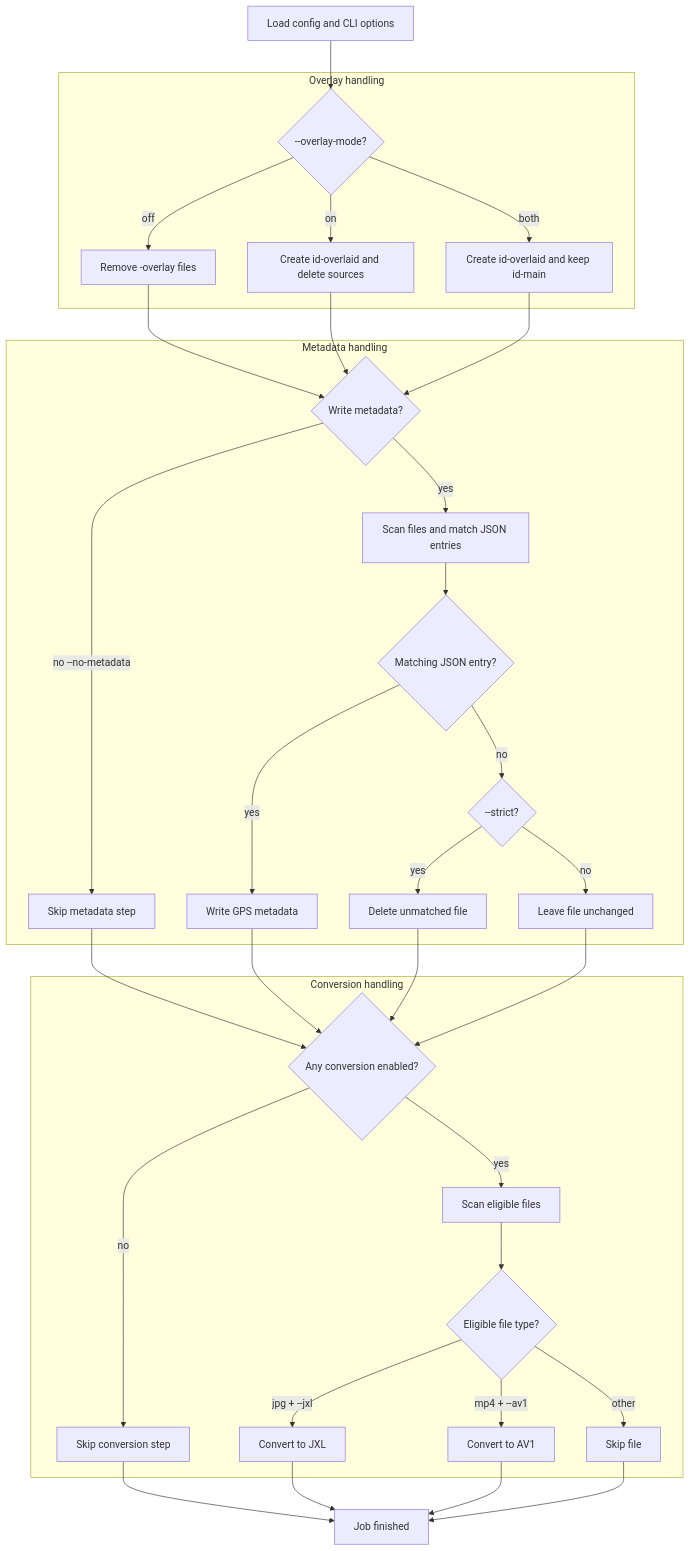
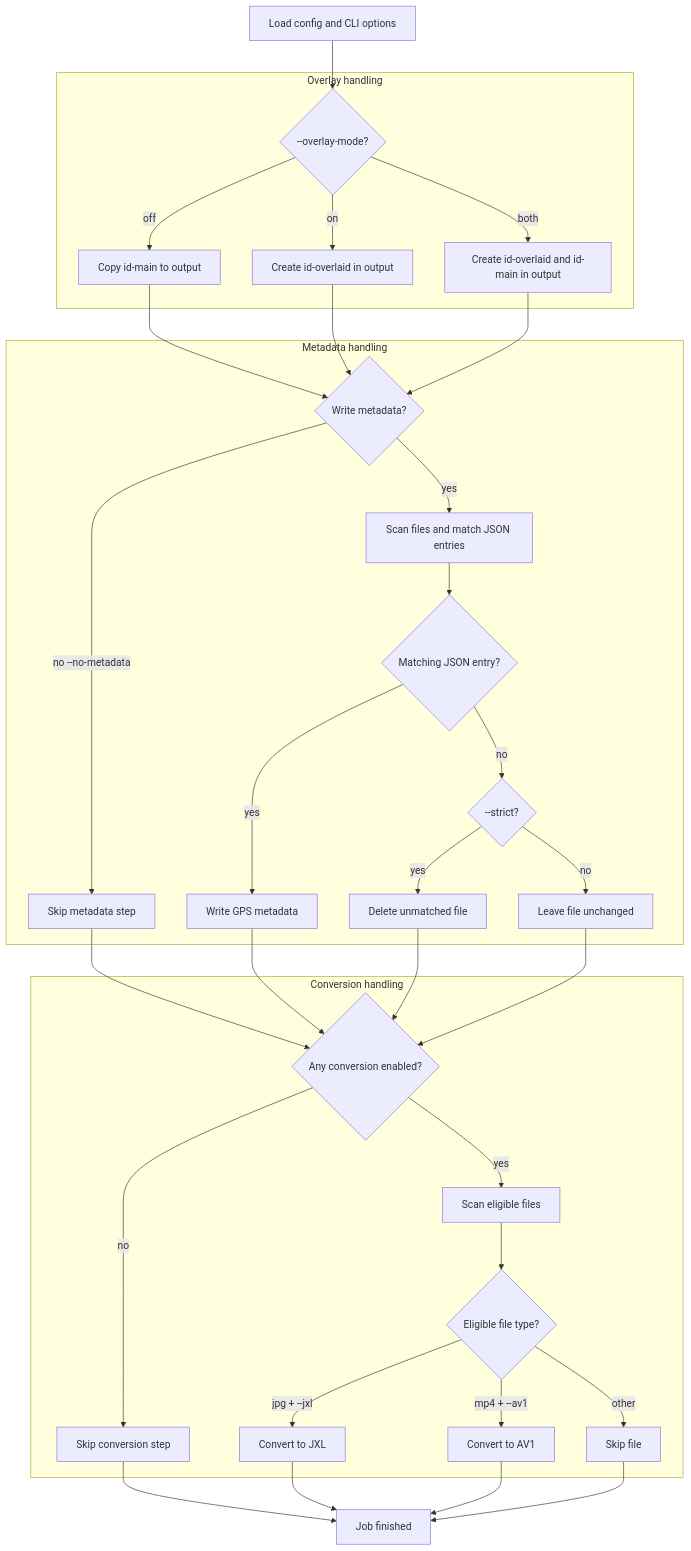
The diagram in README.md (snapchat-memories-extractor/cli), drawn with Mermaid before and after one commit. The commit also changed other lines of this file and 7 other files, not shown here.

````diff
--- a/README.md
+++ b/README.md
@@ -1057,53 +1058,53 @@
 ```mermaid
 flowchart TD
     Init[Load config and CLI options]
 
     subgraph Overlay[Overlay handling]
         OverMode{--overlay-mode?}
-        OverMode -->|off| RemoveOF[Remove -overlay files]
-        OverMode -->|on| AppendOF[Create id-overlaid and delete sources]
-        OverMode -->|both| CopyAppendOF[Create id-overlaid and keep id-main]
+        OverMode -->|off| RemoveOF[Copy id-main to output]
+        OverMode -->|on| AppendOF[Create id-overlaid in output]
+        OverMode -->|both| CopyAppendOF[Create id-overlaid and id-main in output]
     end
 
     subgraph Metadata[Metadata handling]
         MetaCheck{Write metadata?}
         MetaCheck -->|no --no-metadata| SkipMeta[Skip metadata step]
         MetaCheck -->|yes| ScanMeta[Scan files and match JSON entries]
 
         ScanMeta --> JsonMatch{Matching JSON entry?}
         JsonMatch -->|yes| WriteGPS[Write GPS metadata]
         JsonMatch -->|no| StrictCheck{--strict?}
 
         StrictCheck -->|yes| DeleteUnmatched[Delete unmatched file]
         StrictCheck -->|no| KeepUnmatched[Leave file unchanged]
     end
 
     subgraph Conversion[Conversion handling]
         ConvCheck{Any conversion enabled?}
         ConvCheck -->|no| SkipConv[Skip conversion step]
         ConvCheck -->|yes| ScanConv[Scan eligible files]
 
         ScanConv --> FileType{Eligible file type?}
         FileType -->|jpg + --jxl| ConvertJXL[Convert to JXL]
         FileType -->|mp4 + --av1| ConvertAV1[Convert to AV1]
         FileType -->|other| SkipFile[Skip file]
     end
 
     Finish[Job finished]
 
     Init --> OverMode
 
     RemoveOF --> MetaCheck
     AppendOF --> MetaCheck
     CopyAppendOF --> MetaCheck
 
     SkipMeta --> ConvCheck
     WriteGPS --> ConvCheck
     DeleteUnmatched --> ConvCheck
     KeepUnmatched --> ConvCheck
 
     SkipConv --> Finish
     ConvertJXL --> Finish
     ConvertAV1 --> Finish
     SkipFile --> Finish
 ```
````
